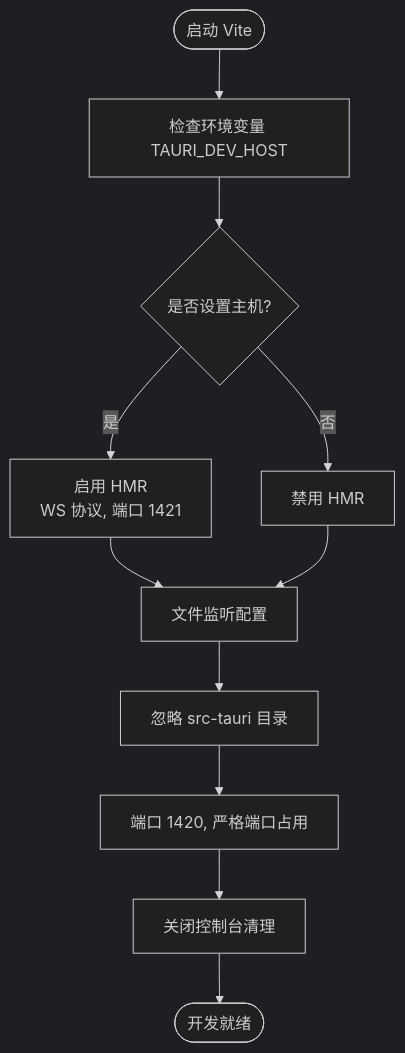
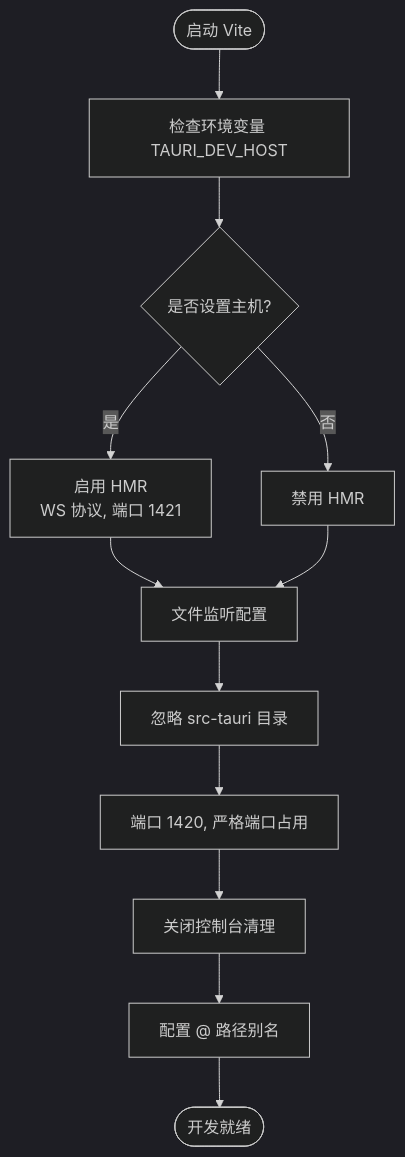
Before and after one commit to LStkTrail/easy-trade-assistant: the third of 5 diagrams in .qoder/repowiki/zh/content/开发工作流/开发环境配置.md, drawn with Mermaid (dark theme). The commit also changed other lines of this file and 780 other files, not shown here.

````diff
--- a/.qoder/repowiki/zh/content/开发工作流/开发环境配置.md
+++ b/.qoder/repowiki/zh/content/开发工作流/开发环境配置.md
@@ -154,13 +177,14 @@
 ```mermaid
 flowchart TD
 Start(["启动 Vite"]) --> CheckHost["检查环境变量 TAURI_DEV_HOST"]
 CheckHost --> HostSet{"是否设置主机?"}
 HostSet --> |是| EnableHMR["启用 HMR<br/>WS 协议, 端口 1421"]
 HostSet --> |否| DisableHMR["禁用 HMR"]
 EnableHMR --> Watch["文件监听配置"]
 DisableHMR --> Watch
 Watch --> IgnoreSrcTauri["忽略 src-tauri 目录"]
 IgnoreSrcTauri --> Port["端口 1420, 严格端口占用"]
 Port --> ClearScreen["关闭控制台清理"]
-ClearScreen --> Ready(["开发就绪"])
+ClearScreen --> PathAlias["配置 @ 路径别名"]
+PathAlias --> Ready(["开发就绪"])
 ```
````
